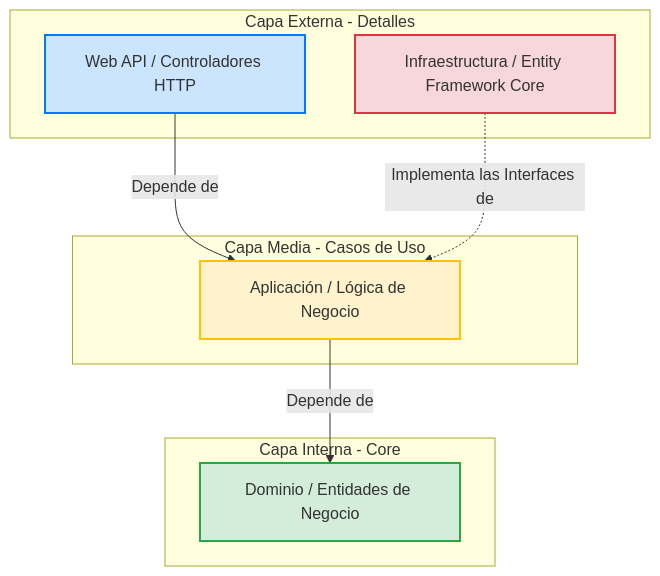
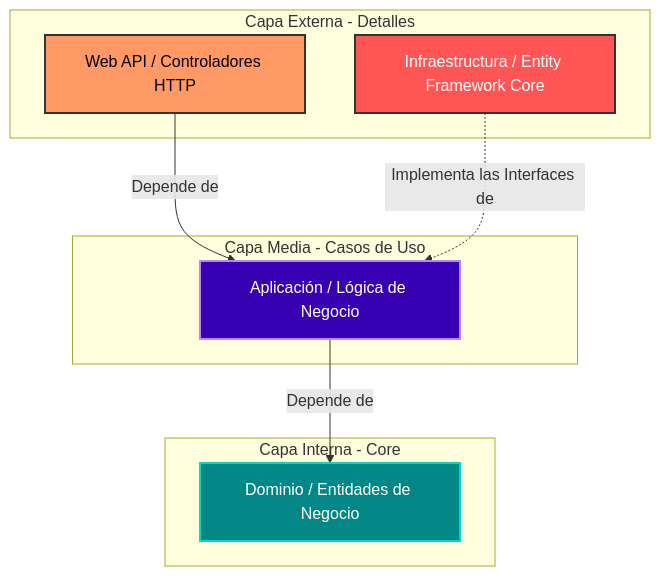
The diagram in is-912/fase-1/3.md (ConsSorto/ConsSorto.github.io), drawn with Mermaid before and after one commit. The commit also changed 1 other file, not shown here.

Commit message:
fix: ajustar colores de los diagramas mermaid para que coincidan con el tema oscuro del repositorio

````diff
--- a/is-912/fase-1/3.md
+++ b/is-912/fase-1/3.md
@@ -21,24 +21,24 @@
 ```mermaid
 graph TD
     subgraph Capa Externa - Detalles
         API[Web API / Controladores HTTP]
         INFRA[Infraestructura / Entity Framework Core]
     end
     
     subgraph Capa Media - Casos de Uso
         APP[Aplicación / Lógica de Negocio]
     end
     
     subgraph Capa Interna - Core
         DOM[Dominio / Entidades de Negocio]
     end
 
     API -->|Depende de| APP
     INFRA -.->|Implementa las Interfaces de| APP
     APP -->|Depende de| DOM
 
-    style DOM fill:#d4edda,stroke:#28a745,stroke-width:2px
-    style APP fill:#fff3cd,stroke:#ffc107,stroke-width:2px
-    style API fill:#cce5ff,stroke:#007bff,stroke-width:2px
-    style INFRA fill:#f8d7da,stroke:#dc3545,stroke-width:2px
+    style DOM fill:#018786,stroke:#03DAC6,stroke-width:2px,color:#fff
+    style APP fill:#3700B3,stroke:#BB86FC,stroke-width:2px,color:#fff
+    style API fill:#f96,stroke:#333,stroke-width:2px,color:#000
+    style INFRA fill:#f55,stroke:#333,stroke-width:2px,color:#fff
 ```
````
